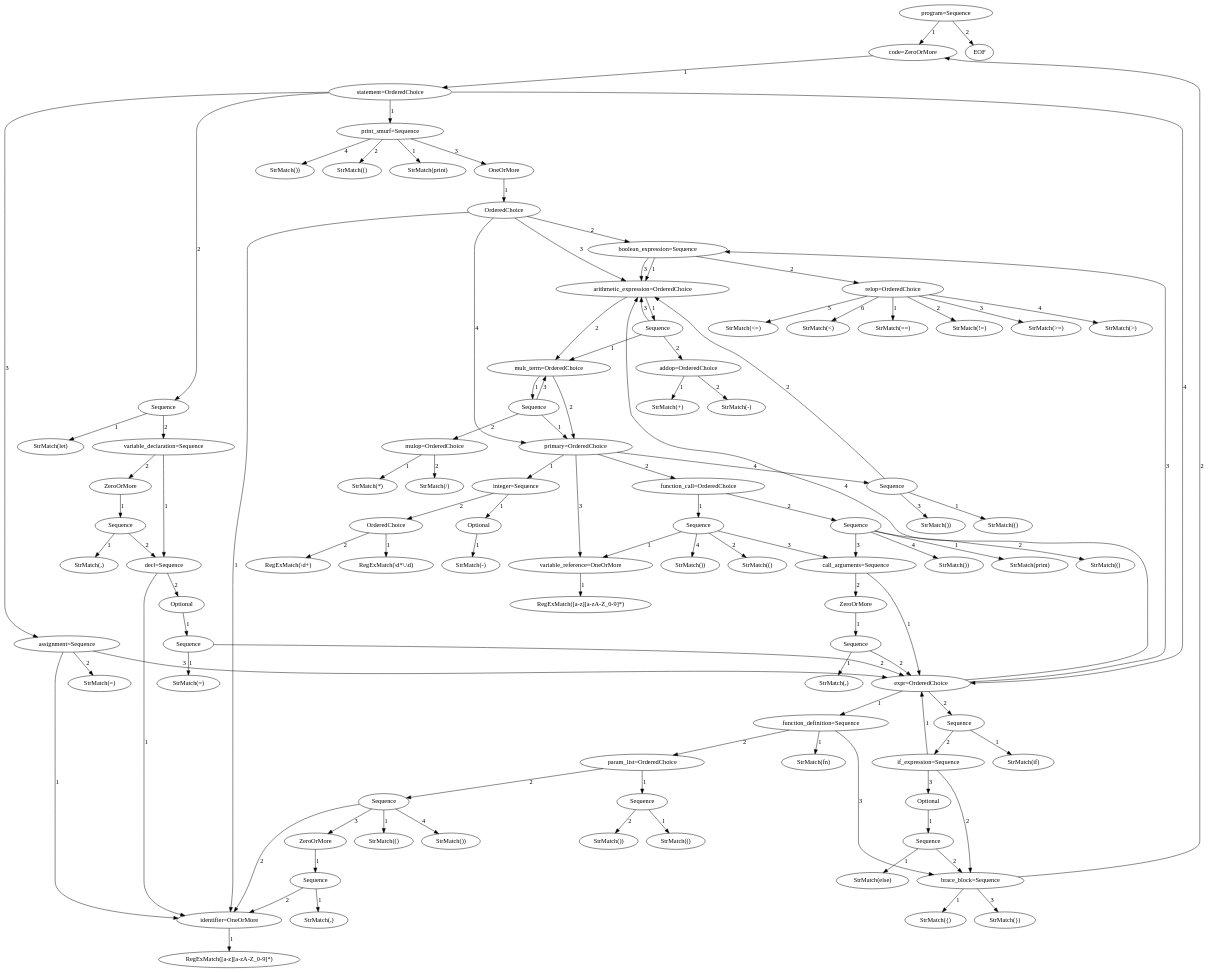
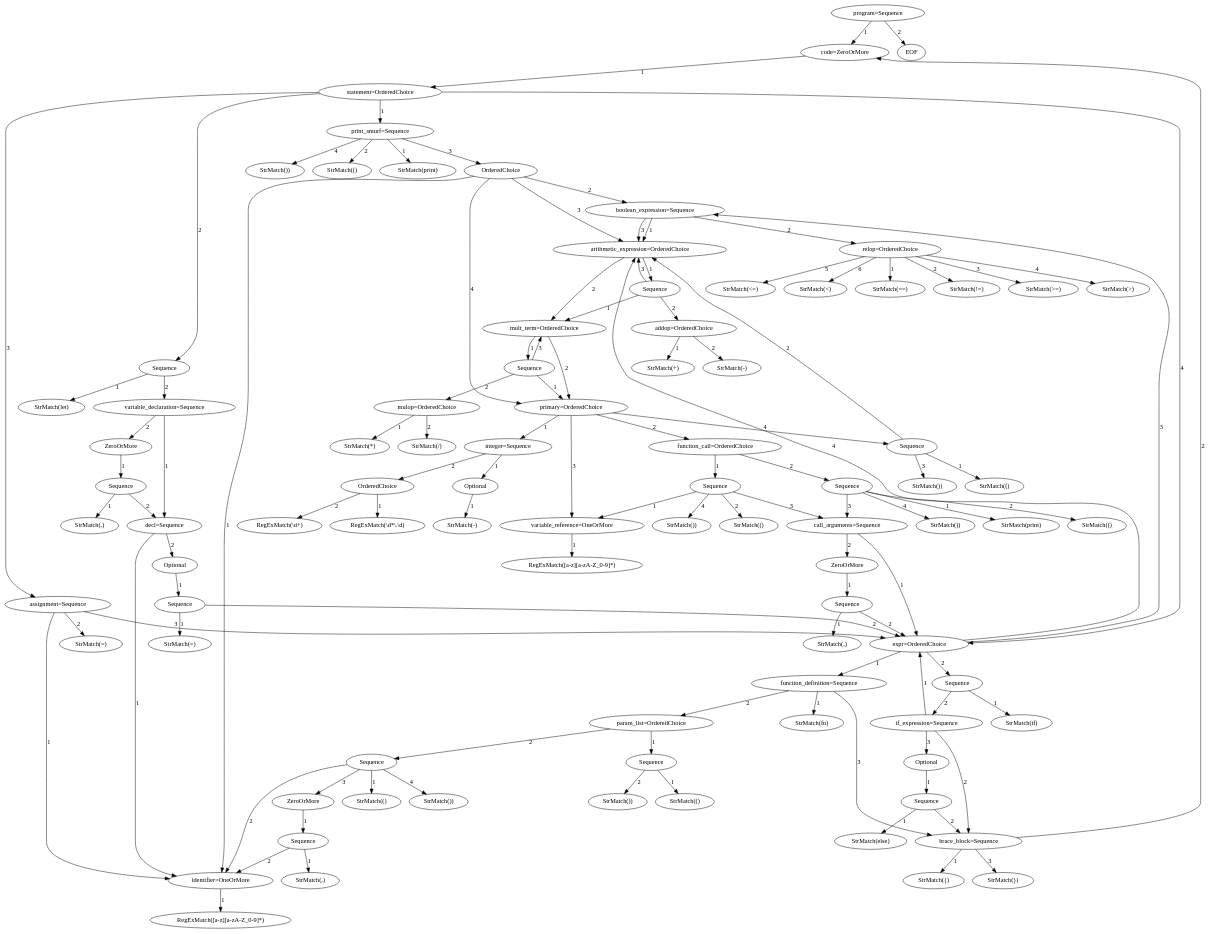
One commit to pragdave/cs3342_smurf changed the diagram in program_parser_model.dot. Above: the diagram before and after it, drawn with Graphviz. The commit also changed 9 other files, not shown here.

```diff
--- a/program_parser_model.dot
+++ b/program_parser_model.dot
@@ -1,314 +1,311 @@
 digraph arpeggio_graph {
-4802905936 [label="program=Sequence"];
-4802905936->4802907280 [label="1"]
+4802004240 [label="program=Sequence"];
+4802004240->4802006160 [label="1"]
 
-4802907280 [label="code=ZeroOrMore"];
-4802907280->4802905296 [label="1"]
+4802006160 [label="code=ZeroOrMore"];
+4802006160->4802003984 [label="1"]
 
-4802905296 [label="statement=OrderedChoice"];
-4802905296->4807152016 [label="1"]
+4802003984 [label="statement=OrderedChoice"];
+4802003984->4787615632 [label="1"]
 
-4807152016 [label="print_smurf=Sequence"];
-4807152016->4807151824 [label="1"]
+4787615632 [label="print_smurf=Sequence"];
+4787615632->4800416784 [label="1"]
 
-4807151824 [label="StrMatch(print)"];
-4807152016->4807152400 [label="2"]
+4800416784 [label="StrMatch(print)"];
+4787615632->4800414608 [label="2"]
 
-4807152400 [label="StrMatch(()"];
-4807152016->4807154512 [label="3"]
+4800414608 [label="StrMatch(()"];
+4787615632->4800416400 [label="3"]
 
-4807154512 [label="OneOrMore"];
-4807154512->4807154192 [label="1"]
+4800416400 [label="OrderedChoice"];
+4800416400->4800414288 [label="1"]
 
-4807154192 [label="OrderedChoice"];
-4807154192->4800756240 [label="1"]
+4800414288 [label="identifier=OneOrMore"];
+4800414288->4800415632 [label="1"]
 
-4800756240 [label="identifier=OneOrMore"];
-4800756240->4800756880 [label="1"]
+4800415632 [label="RegExMatch([a-z][a-zA-Z_0-9]*)"];
+4800416400->4805055184 [label="2"]
 
-4800756880 [label="RegExMatch([a-z][a-zA-Z_0-9]*)"];
-4807154192->4800754832 [label="2"]
+4805055184 [label="boolean_expression=Sequence"];
+4805055184->4805055952 [label="1"]
 
-4800754832 [label="boolean_expression=Sequence"];
-4800754832->4796786064 [label="1"]
+4805055952 [label="arithmetic_expression=OrderedChoice"];
+4805055952->4805057616 [label="1"]
 
-4796786064 [label="arithmetic_expression=OrderedChoice"];
-4796786064->4800202704 [label="1"]
+4805057616 [label="Sequence"];
+4805057616->4805056848 [label="1"]
 
-4800202704 [label="Sequence"];
-4800202704->4800203856 [label="1"]
+4805056848 [label="mult_term=OrderedChoice"];
+4805056848->4805056784 [label="1"]
 
-4800203856 [label="mult_term=OrderedChoice"];
-4800203856->4800203408 [label="1"]
+4805056784 [label="Sequence"];
+4805056784->4798347536 [label="1"]
 
-4800203408 [label="Sequence"];
-4800203408->4800203088 [label="1"]
+4798347536 [label="primary=OrderedChoice"];
+4798347536->4800346768 [label="1"]
 
-4800203088 [label="primary=OrderedChoice"];
-4800203088->4800202960 [label="1"]
+4800346768 [label="integer=Sequence"];
+4800346768->4798347728 [label="1"]
 
-4800202960 [label="integer=Sequence"];
-4800202960->4800204688 [label="1"]
+4798347728 [label="Optional"];
+4798347728->4800346000 [label="1"]
 
-4800204688 [label="Optional"];
-4800204688->4800201168 [label="1"]
+4800346000 [label="StrMatch(-)"];
+4800346768->4800345936 [label="2"]
 
-4800201168 [label="StrMatch(-)"];
-4800202960->4800204240 [label="2"]
+4800345936 [label="OrderedChoice"];
+4800345936->4798348304 [label="1"]
 
-4800204240 [label="OrderedChoice"];
-4800204240->4800204496 [label="1"]
+4798348304 [label="RegExMatch(\\d*\\.\\d)"];
+4800345936->4798347344 [label="2"]
 
-4800204496 [label="RegExMatch(\\d*\\.\\d)"];
-4800204240->4800201616 [label="2"]
+4798347344 [label="RegExMatch(\\d+)"];
+4798347536->4800347664 [label="2"]
 
-4800201616 [label="RegExMatch(\\d+)"];
-4800203088->4800202320 [label="2"]
+4800347664 [label="function_call=OrderedChoice"];
+4800347664->4800346128 [label="1"]
 
-4800202320 [label="function_call=OrderedChoice"];
-4800202320->4800204752 [label="1"]
+4800346128 [label="Sequence"];
+4800346128->4800345424 [label="1"]
 
-4800204752 [label="Sequence"];
-4800204752->4800202000 [label="1"]
+4800345424 [label="variable_reference=OneOrMore"];
+4800345424->4800346320 [label="1"]
 
-4800202000 [label="variable_reference=OneOrMore"];
-4800202000->4800202448 [label="1"]
+4800346320 [label="RegExMatch([a-z][a-zA-Z_0-9]*)"];
+4800346128->4800345872 [label="2"]
 
-4800202448 [label="RegExMatch([a-z][a-zA-Z_0-9]*)"];
-4800204752->4802510032 [label="2"]
+4800345872 [label="StrMatch(()"];
+4800346128->4800346384 [label="3"]
 
-4802510032 [label="StrMatch(()"];
-4800204752->4802507984 [label="3"]
+4800346384 [label="call_arguments=Sequence"];
+4800346384->4800348112 [label="1"]
 
-4802507984 [label="call_arguments=Sequence"];
-4802507984->4802509904 [label="1"]
+4800348112 [label="expr=OrderedChoice"];
+4800348112->4800347216 [label="1"]
 
-4802509904 [label="expr=OrderedChoice"];
-4802509904->4802508176 [label="1"]
+4800347216 [label="function_definition=Sequence"];
+4800347216->4800346256 [label="1"]
 
-4802508176 [label="function_definition=Sequence"];
-4802508176->4802509968 [label="1"]
+4800346256 [label="StrMatch(fn)"];
+4800347216->4801065168 [label="2"]
 
-4802509968 [label="StrMatch(fn)"];
-4802508176->4802507280 [label="2"]
+4801065168 [label="param_list=OrderedChoice"];
+4801065168->4801067664 [label="1"]
 
-4802507280 [label="param_list=OrderedChoice"];
-4802507280->4802509200 [label="1"]
+4801067664 [label="Sequence"];
+4801067664->4803974800 [label="1"]
 
-4802509200 [label="Sequence"];
-4802509200->4802508496 [label="1"]
+4803974800 [label="StrMatch(()"];
+4801067664->4803973648 [label="2"]
 
-4802508496 [label="StrMatch(()"];
-4802509200->4802506960 [label="2"]
+4803973648 [label="StrMatch())"];
+4801065168->4803976208 [label="2"]
 
-4802506960 [label="StrMatch())"];
-4802507280->4802507472 [label="2"]
+4803976208 [label="Sequence"];
+4803976208->4803974864 [label="1"]
 
-4802507472 [label="Sequence"];
-4802507472->4802508048 [label="1"]
+4803974864 [label="StrMatch(()"];
+4803976208->4800414288 [label="2"]
 
-4802508048 [label="StrMatch(()"];
-4802507472->4800756240 [label="2"]
+4803976208->4800344720 [label="3"]
 
-4802507472->4802508816 [label="3"]
+4800344720 [label="ZeroOrMore"];
+4800344720->4799995600 [label="1"]
 
-4802508816 [label="ZeroOrMore"];
-4802508816->4802506832 [label="1"]
+4799995600 [label="Sequence"];
+4799995600->4800802384 [label="1"]
 
-4802506832 [label="Sequence"];
-4802506832->4802508432 [label="1"]
+4800802384 [label="StrMatch(,)"];
+4799995600->4800414288 [label="2"]
 
-4802508432 [label="StrMatch(,)"];
-4802506832->4800756240 [label="2"]
+4803976208->4800800400 [label="4"]
 
-4802507472->4802507216 [label="4"]
+4800800400 [label="StrMatch())"];
+4800347216->4800798992 [label="3"]
 
-4802507216 [label="StrMatch())"];
-4802508176->4802510352 [label="3"]
+4800798992 [label="brace_block=Sequence"];
+4800798992->4800801232 [label="1"]
 
-4802510352 [label="brace_block=Sequence"];
-4802510352->4802507024 [label="1"]
+4800801232 [label="StrMatch({)"];
+4800798992->4802006160 [label="2"]
 
-4802507024 [label="StrMatch({)"];
-4802510352->4802907280 [label="2"]
+4800798992->4799822608 [label="3"]
 
-4802510352->4802507600 [label="3"]
+4799822608 [label="StrMatch(})"];
+4800348112->4799821328 [label="2"]
 
-4802507600 [label="StrMatch(})"];
-4802509904->4803976720 [label="2"]
+4799821328 [label="Sequence"];
+4799821328->4799821008 [label="1"]
 
-4803976720 [label="Sequence"];
-4803976720->4803974928 [label="1"]
+4799821008 [label="StrMatch(if)"];
+4799821328->4799820176 [label="2"]
 
-4803974928 [label="StrMatch(if)"];
-4803976720->4803974992 [label="2"]
+4799820176 [label="if_expression=Sequence"];
+4799820176->4800348112 [label="1"]
 
-4803974992 [label="if_expression=Sequence"];
-4803974992->4802509904 [label="1"]
+4799820176->4800798992 [label="2"]
 
-4803974992->4802510352 [label="2"]
+4799820176->4799823120 [label="3"]
 
-4803974992->4803975888 [label="3"]
+4799823120 [label="Optional"];
+4799823120->4799820624 [label="1"]
 
-4803975888 [label="Optional"];
-4803975888->4803975632 [label="1"]
+4799820624 [label="Sequence"];
+4799820624->4799819920 [label="1"]
 
-4803975632 [label="Sequence"];
-4803975632->4803973328 [label="1"]
+4799819920 [label="StrMatch(else)"];
+4799820624->4800798992 [label="2"]
 
-4803973328 [label="StrMatch(else)"];
-4803975632->4802510352 [label="2"]
+4800348112->4805055184 [label="3"]
 
-4802509904->4800754832 [label="3"]
+4800348112->4805055952 [label="4"]
 
-4802509904->4796786064 [label="4"]
+4800346384->4800344656 [label="2"]
 
-4802507984->4802510544 [label="2"]
+4800344656 [label="ZeroOrMore"];
+4800344656->4805058512 [label="1"]
 
-4802510544 [label="ZeroOrMore"];
-4802510544->4803976336 [label="1"]
+4805058512 [label="Sequence"];
+4805058512->4799822992 [label="1"]
 
-4803976336 [label="Sequence"];
-4803976336->4803977168 [label="1"]
+4799822992 [label="StrMatch(,)"];
+4805058512->4800348112 [label="2"]
 
-4803977168 [label="StrMatch(,)"];
-4803976336->4802509904 [label="2"]
+4800346128->4799823504 [label="4"]
 
-4800204752->4800801168 [label="4"]
+4799823504 [label="StrMatch())"];
+4800347664->4800345360 [label="2"]
 
-4800801168 [label="StrMatch())"];
-4800202320->4800204048 [label="2"]
+4800345360 [label="Sequence"];
+4800345360->4799822416 [label="1"]
 
-4800204048 [label="Sequence"];
-4800204048->4800800144 [label="1"]
+4799822416 [label="StrMatch(print)"];
+4800345360->4799822736 [label="2"]
 
-4800800144 [label="StrMatch(print)"];
-4800204048->4800802064 [label="2"]
+4799822736 [label="StrMatch(()"];
+4800345360->4800346384 [label="3"]
 
-4800802064 [label="StrMatch(()"];
-4800204048->4802507984 [label="3"]
+4800345360->4799823760 [label="4"]
 
-4800204048->4800801808 [label="4"]
+4799823760 [label="StrMatch())"];
+4798347536->4800345424 [label="3"]
 
-4800801808 [label="StrMatch())"];
-4800203088->4800202000 [label="3"]
+4798347536->4799820432 [label="4"]
 
-4800203088->4800802448 [label="4"]
+4799820432 [label="Sequence"];
+4799820432->4799820368 [label="1"]
 
-4800802448 [label="Sequence"];
-4800802448->4800800464 [label="1"]
+4799820368 [label="StrMatch(()"];
+4799820432->4805055952 [label="2"]
 
-4800800464 [label="StrMatch(()"];
-4800802448->4796786064 [label="2"]
+4799820432->4799823440 [label="3"]
 
-4800802448->4800799312 [label="3"]
+4799823440 [label="StrMatch())"];
+4805056784->4466032208 [label="2"]
 
-4800799312 [label="StrMatch())"];
-4800203408->4800800400 [label="2"]
+4466032208 [label="mulop=OrderedChoice"];
+4466032208->4466031568 [label="1"]
 
-4800800400 [label="mulop=OrderedChoice"];
-4800800400->4800800208 [label="1"]
+4466031568 [label="StrMatch(*)"];
+4466032208->4466031504 [label="2"]
 
-4800800208 [label="StrMatch(*)"];
-4800800400->4800800656 [label="2"]
+4466031504 [label="StrMatch(/)"];
+4805056784->4805056848 [label="3"]
 
-4800800656 [label="StrMatch(/)"];
-4800203408->4800203856 [label="3"]
+4805056848->4798347536 [label="2"]
 
-4800203856->4800203088 [label="2"]
+4805057616->4802215184 [label="2"]
 
-4800202704->4800799120 [label="2"]
+4802215184 [label="addop=OrderedChoice"];
+4802215184->4802212752 [label="1"]
 
-4800799120 [label="addop=OrderedChoice"];
-4800799120->4800802512 [label="1"]
+4802212752 [label="StrMatch(+)"];
+4802215184->4802213776 [label="2"]
 
-4800802512 [label="StrMatch(+)"];
-4800799120->4800801232 [label="2"]
+4802213776 [label="StrMatch(-)"];
+4805057616->4805055952 [label="3"]
 
-4800801232 [label="StrMatch(-)"];
-4800202704->4796786064 [label="3"]
+4805055952->4805056848 [label="2"]
 
-4796786064->4800203856 [label="2"]
+4805055184->4802536592 [label="2"]
 
-4800754832->4805667920 [label="2"]
+4802536592 [label="relop=OrderedChoice"];
+4802536592->4802537808 [label="1"]
 
-4805667920 [label="relop=OrderedChoice"];
-4805667920->4805665168 [label="1"]
+4802537808 [label="StrMatch(==)"];
+4802536592->4802537744 [label="2"]
 
-4805665168 [label="StrMatch(==)"];
-4805667920->4805668176 [label="2"]
+4802537744 [label="StrMatch(!=)"];
+4802536592->4802539472 [label="3"]
 
-4805668176 [label="StrMatch(!=)"];
-4805667920->4805666960 [label="3"]
+4802539472 [label="StrMatch(>=)"];
+4802536592->4802537296 [label="4"]
 
-4805666960 [label="StrMatch(>=)"];
-4805667920->4805667536 [label="4"]
+4802537296 [label="StrMatch(>)"];
+4802536592->4802537040 [label="5"]
 
-4805667536 [label="StrMatch(>)"];
-4805667920->4805665744 [label="5"]
+4802537040 [label="StrMatch(<=)"];
+4802536592->4802538320 [label="6"]
 
-4805665744 [label="StrMatch(<=)"];
-4805667920->4805664912 [label="6"]
+4802538320 [label="StrMatch(<)"];
+4805055184->4805055952 [label="3"]
 
-4805664912 [label="StrMatch(<)"];
-4800754832->4796786064 [label="3"]
+4800416400->4805055952 [label="3"]
 
-4807154192->4796786064 [label="3"]
+4800416400->4798347536 [label="4"]
 
-4807154192->4800203088 [label="4"]
+4787615632->4802215632 [label="4"]
 
-4807152016->4807153872 [label="4"]
+4802215632 [label="StrMatch())"];
+4802003984->4802215120 [label="2"]
 
-4807153872 [label="StrMatch())"];
-4802905296->4805667600 [label="2"]
+4802215120 [label="Sequence"];
+4802215120->4802215568 [label="1"]
 
-4805667600 [label="Sequence"];
-4805667600->4805668112 [label="1"]
+4802215568 [label="StrMatch(let)"];
+4802215120->4802211984 [label="2"]
 
-4805668112 [label="StrMatch(let)"];
-4805667600->4805668304 [label="2"]
+4802211984 [label="variable_declaration=Sequence"];
+4802211984->4466028688 [label="1"]
 
-4805668304 [label="variable_declaration=Sequence"];
-4805668304->4805666576 [label="1"]
+4466028688 [label="decl=Sequence"];
+4466028688->4800414288 [label="1"]
 
-4805666576 [label="decl=Sequence"];
-4805666576->4800756240 [label="1"]
+4466028688->4466030224 [label="2"]
 
-4805666576->4805666384 [label="2"]
+4466030224 [label="Optional"];
+4466030224->4466029136 [label="1"]
 
-4805666384 [label="Optional"];
-4805666384->4799861840 [label="1"]
+4466029136 [label="Sequence"];
+4466029136->4466029328 [label="1"]
 
-4799861840 [label="Sequence"];
-4799861840->4799861328 [label="1"]
+4466029328 [label="StrMatch(=)"];
+4466029136->4800348112 [label="2"]
 
-4799861328 [label="StrMatch(=)"];
-4799861840->4802509904 [label="2"]
+4802211984->4802214544 [label="2"]
 
-4805668304->4805668496 [label="2"]
+4802214544 [label="ZeroOrMore"];
+4802214544->4799821072 [label="1"]
 
-4805668496 [label="ZeroOrMore"];
-4805668496->4799861776 [label="1"]
+4799821072 [label="Sequence"];
+4799821072->4799822288 [label="1"]
 
-4799861776 [label="Sequence"];
-4799861776->4799863376 [label="1"]
+4799822288 [label="StrMatch(,)"];
+4799821072->4466028688 [label="2"]
 
-4799863376 [label="StrMatch(,)"];
-4799861776->4805666576 [label="2"]
+4802003984->4799820816 [label="3"]
 
-4802905296->4799864144 [label="3"]
+4799820816 [label="assignment=Sequence"];
+4799820816->4800414288 [label="1"]
 
-4799864144 [label="assignment=Sequence"];
-4799864144->4800756240 [label="1"]
+4799820816->4799822480 [label="2"]
 
-4799864144->4799861520 [label="2"]
+4799822480 [label="StrMatch(=)"];
+4799820816->4800348112 [label="3"]
 
-4799861520 [label="StrMatch(=)"];
-4799864144->4802509904 [label="3"]
+4802003984->4800348112 [label="4"]
 
-4802905296->4802509904 [label="4"]
+4802004240->4800344144 [label="2"]
 
-4802905936->4801101392 [label="2"]
-
-4801101392 [label="EOF"];
+4800344144 [label="EOF"];
 }
```
